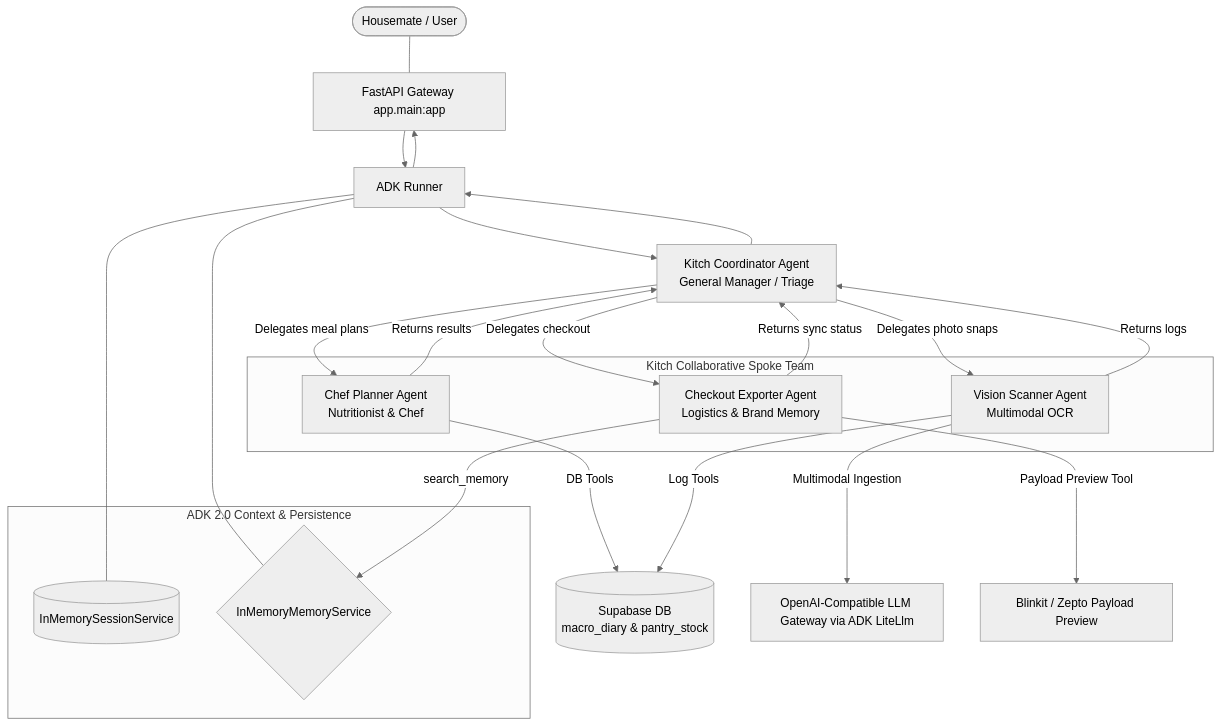
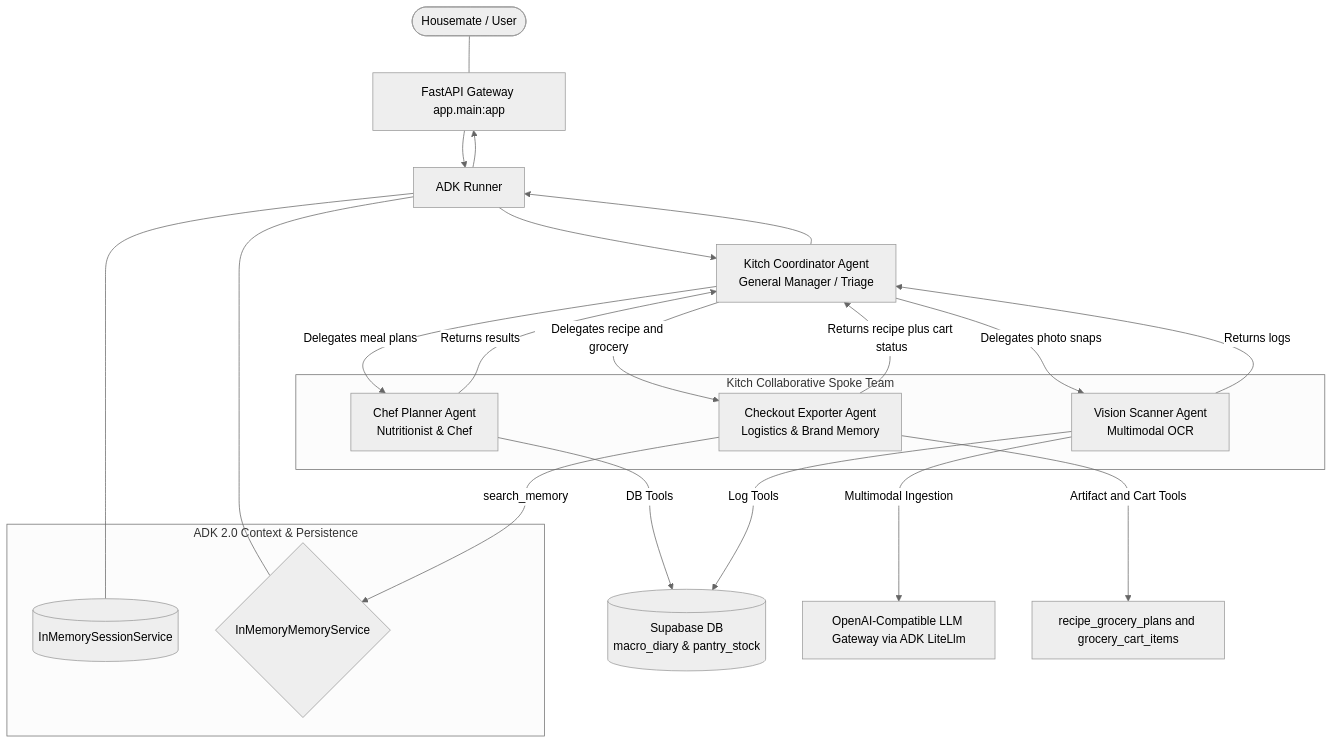
One commit to architworks/meal_and_grocery_agent changed the diagram in docs/walkthrough.md. Above: the diagram before and after it, drawn with Mermaid (neutral theme). The commit also changed other lines of this file and 10 other files, not shown here.

First line of the commit message:
Refactor recipe and grocery planning backend

````diff
--- a/docs/walkthrough.md
+++ b/docs/walkthrough.md
@@ -17,45 +17,45 @@
 ```mermaid
 flowchart TD
     %% Entry point
     User([Housemate / User]) --- Gateway[FastAPI Gateway app.main:app]
     Gateway --> Runner[ADK Runner]
     Runner --> Gateway
     
     %% Native Services Layer
     subgraph ADK_Services [ADK 2.0 Context & Persistence]
         SessionSvc[(InMemorySessionService)]
         MemorySvc{InMemoryMemoryService}
     end
     
     Runner --- SessionSvc
     Runner --- MemorySvc
     
     %% Parent Coordinator
     Runner --> Parent[Kitch Coordinator Agent<br>General Manager / Triage]
     Parent --> Runner
     
     %% Multi-Agent Routing & Delegation (3-Spoke Topology)
     subgraph Agent_Team [Kitch Collaborative Spoke Team]
         SubChef[Chef Planner Agent<br>Nutritionist & Chef]
         SubVision[Vision Scanner Agent<br>Multimodal OCR]
         SubCart[Checkout Exporter Agent<br>Logistics & Brand Memory]
     end
     
     Parent -->|Delegates meal plans| SubChef
     SubChef -->|Returns results| Parent
     
     Parent -->|Delegates photo snaps| SubVision
     SubVision -->|Returns logs| Parent
     
-    Parent -->|Delegates checkout| SubCart
-    SubCart -->|Returns sync status| Parent
+    Parent -->|Delegates recipe and grocery| SubCart
+    SubCart -->|Returns recipe plus cart status| Parent
     
     %% Specialized Spoke Dependencies
     SubChef -->|DB Tools| DB[(Supabase DB<br>meal_plans)]
     
     SubVision -->|Multimodal Ingestion| LLM[OpenAI-Compatible LLM Gateway via ADK LiteLlm]
     SubVision -->|Log Tools| DB[(Supabase DB<br>macro_diary & pantry_stock)]
     
     SubCart -->|search_memory| MemorySvc
-    SubCart -->|Payload Preview Tool| Payload[Blinkit / Zepto Payload Preview]
+    SubCart -->|Artifact and Cart Tools| RecipeCart[recipe_grocery_plans and grocery_cart_items]
 ```
````
